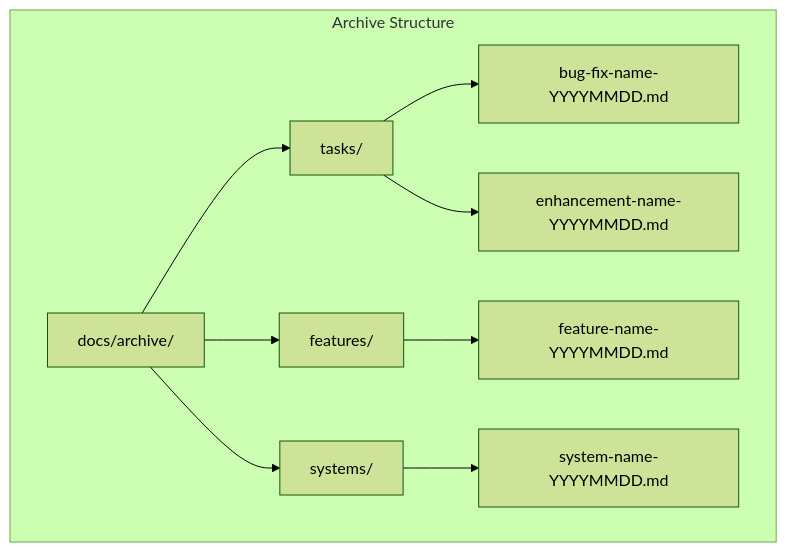
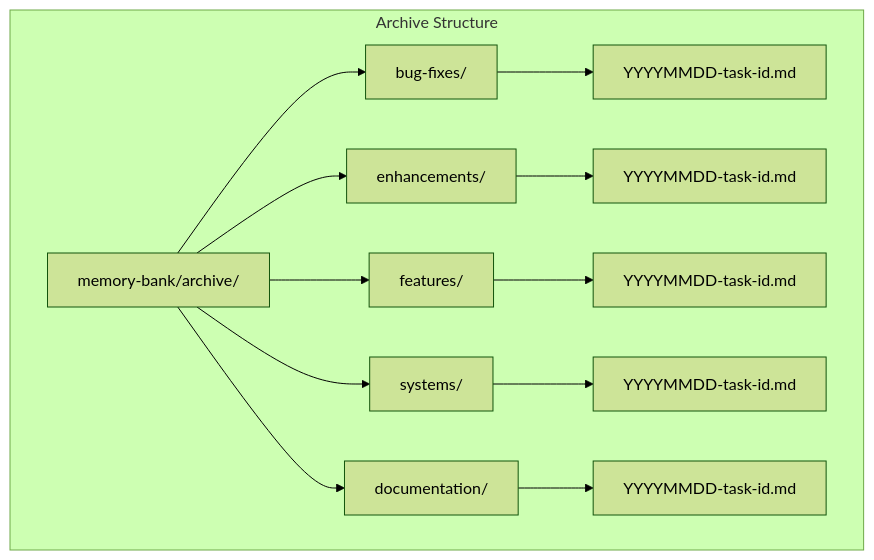
The fifth of 7 diagrams in .cursor/rules/isolation_rules/visual-maps/archive-mode-map.mdc (Texarkanine/ai-rizz), drawn with Mermaid (forest theme) before and after one commit. The commit also changed other lines of this file and 12 other files, not shown here.

````diff
--- a/.cursor/rules/isolation_rules/visual-maps/archive-mode-map.mdc
+++ b/.cursor/rules/isolation_rules/visual-maps/archive-mode-map.mdc
@@ -203,18 +205,23 @@
 ```mermaid
 graph TD
     subgraph "Archive Structure"
-        Root["docs/archive/"]
-        Tasks["tasks/"]
+        Root["memory-bank/archive/"]
+        BugFixes["bug-fixes/"]
+        Enhancements["enhancements/"]
         Features["features/"]
         Systems["systems/"]
+        Documentation["documentation/"]
         
-        Root --> Tasks
+        Root --> BugFixes
+        Root --> Enhancements
         Root --> Features
         Root --> Systems
+        Root --> Documentation
         
-        Tasks --> Bug["bug-fix-name-YYYYMMDD.md"]
-        Tasks --> Enhancement["enhancement-name-YYYYMMDD.md"]
-        Features --> Feature["feature-name-YYYYMMDD.md"]
-        Systems --> System["system-name-YYYYMMDD.md"]
+        BugFixes --> Bug["YYYYMMDD-task-id.md"]
+        Enhancements --> Enhancement["YYYYMMDD-task-id.md"]
+        Features --> Feature["YYYYMMDD-task-id.md"]
+        Systems --> System["YYYYMMDD-task-id.md"]
+        Documentation --> Doc["YYYYMMDD-task-id.md"]
     end
 ```
````
